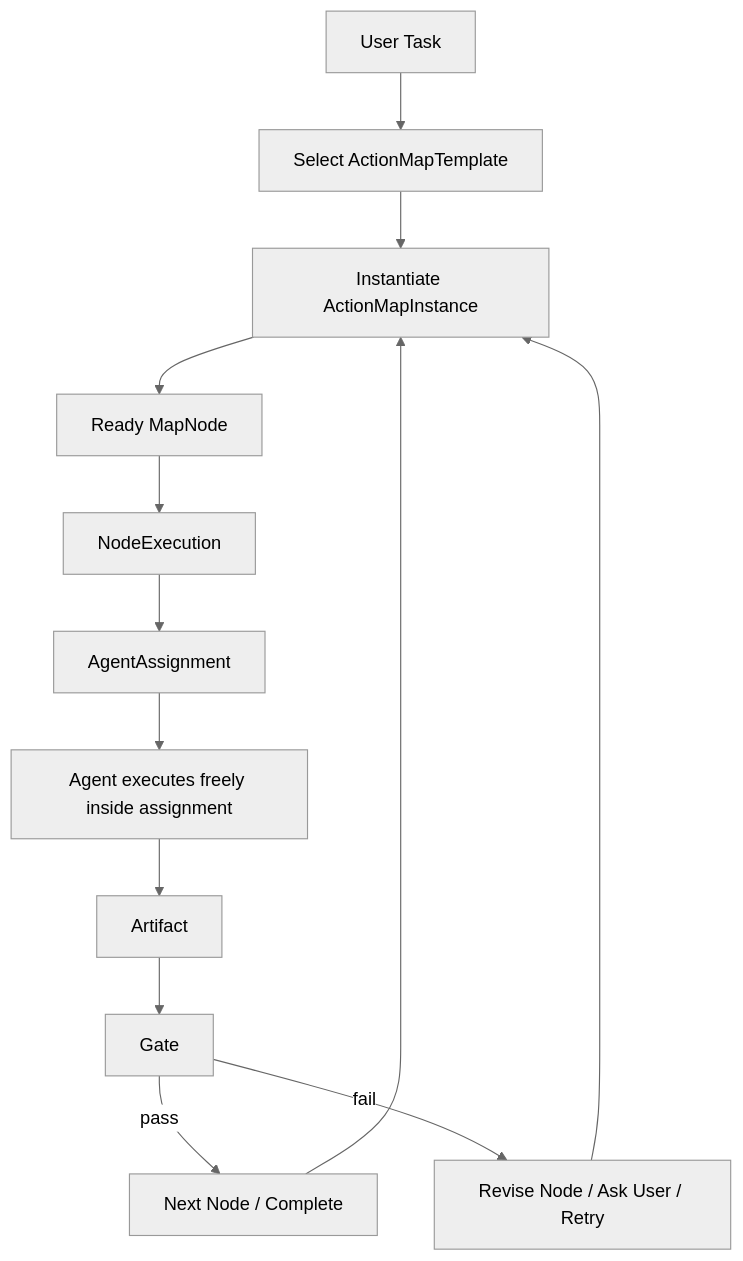
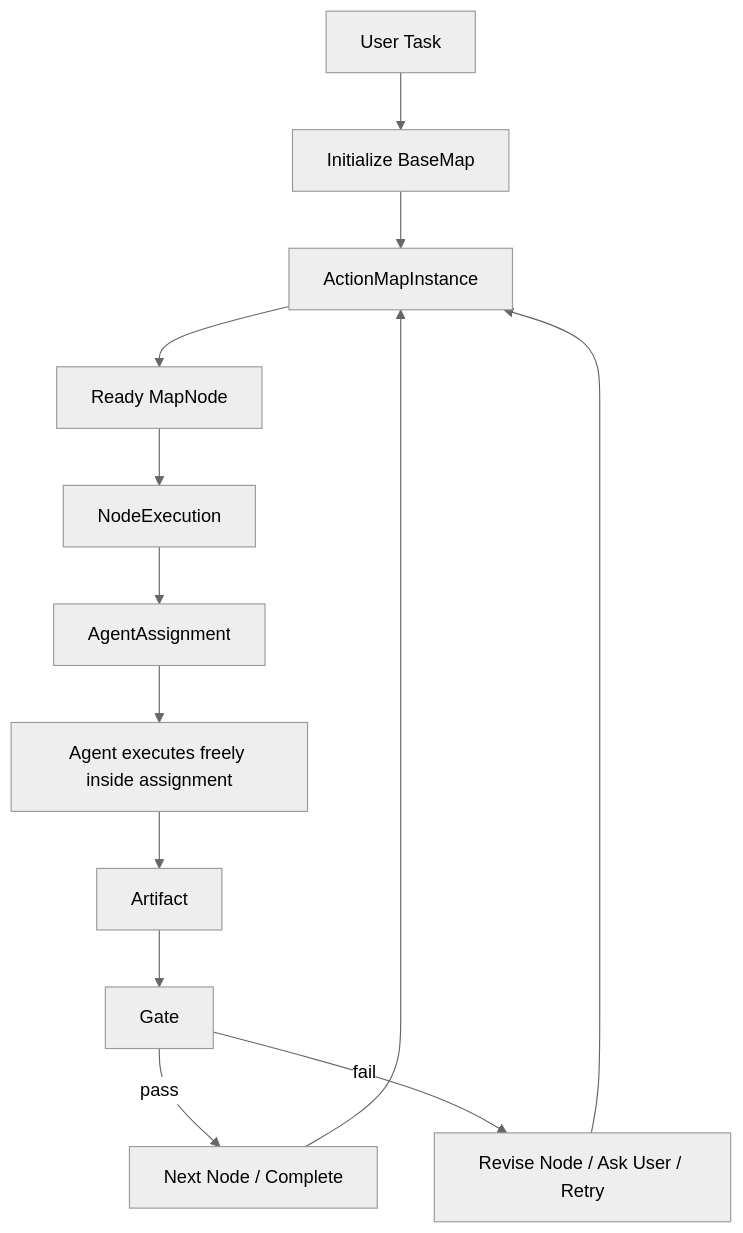
One commit to ceasarXuu/WhaleCode changed the first of 2 diagrams in docs/plans/2026-04-25-multi-agent-collaboration-architecture.md. Above: the diagram before and after it, drawn with Mermaid (neutral theme). The commit also changed other lines of this file, not shown here.

Commit message:
docs: make basemap the only initial action map

````diff
--- a/docs/plans/2026-04-25-multi-agent-collaboration-architecture.md
+++ b/docs/plans/2026-04-25-multi-agent-collaboration-architecture.md
@@ -102,15 +102,15 @@
 ```mermaid
 flowchart TD
-    U["User Task"] --> T["Select ActionMapTemplate"]
-    T --> M["Instantiate ActionMapInstance"]
+    U["User Task"] --> T["Initialize BaseMap"]
+    T --> M["ActionMapInstance"]
     M --> N["Ready MapNode"]
     N --> E["NodeExecution"]
     E --> A["AgentAssignment"]
     A --> R["Agent executes freely inside assignment"]
     R --> F["Artifact"]
     F --> G["Gate"]
     G -->|pass| NX["Next Node / Complete"]
     G -->|fail| RV["Revise Node / Ask User / Retry"]
     NX --> M
     RV --> M
 ```
````
